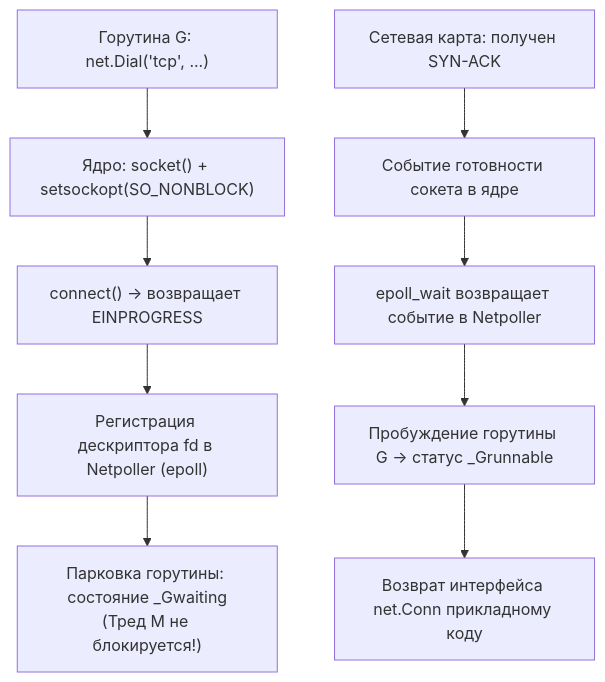
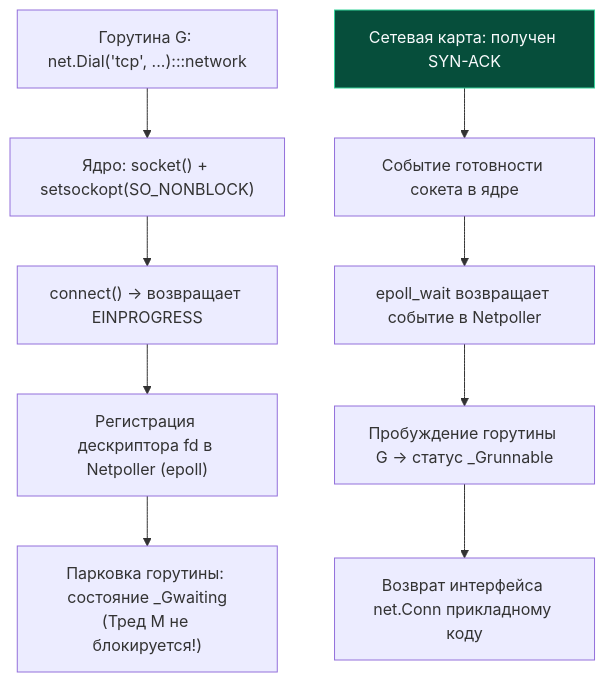
One commit to UnrealTemplier/go-textbook changed the fourth of 4 diagrams in sources/3. Компьютерные сети и сетевой стек/10. TCP. Устройство, гарантии и жизненный цикл соединения.md. Above: the diagram before and after it, drawn with Mermaid. The commit also changed other lines of this file and 1666 other files, not shown here.

First line of the commit message:
feat(mermaid): add semantic color classDef to 1369 colorless flowchart/graph diagrams

````diff
--- a/sources/3. Компьютерные сети и сетевой стек/10. TCP. Устройство, гарантии и жизненный цикл соединения.md
+++ b/sources/3. Компьютерные сети и сетевой стек/10. TCP. Устройство, гарантии и жизненный цикл соединения.md
@@ -264,12 +284,22 @@
 ```mermaid
 flowchart TD
-    GoCode["Горутина G: net.Dial('tcp', ...)"] --> Syscall["Ядро: socket() + setsockopt(SO_NONBLOCK)"]
+    classDef process  fill:#1e293b,stroke:#38bdf8,stroke-width:1px,color:#f8fafc
+    classDef success  fill:#064e3b,stroke:#34d399,stroke-width:1px,color:#f8fafc
+    classDef error    fill:#7f1d1d,stroke:#f87171,stroke-width:1px,color:#f8fafc
+    classDef warning  fill:#78350f,stroke:#fbbf24,stroke-width:1px,color:#f8fafc
+    classDef entry    fill:#1e3a5f,stroke:#38bdf8,stroke-width:2px,color:#f8fafc
+    classDef aux      fill:#334155,stroke:#64748b,stroke-width:1px,color:#f8fafc
+    classDef system   fill:#312e81,stroke:#a78bfa,stroke-width:1px,color:#f8fafc
+    classDef data     fill:#132d29,stroke:#2dd4bf,stroke-width:1px,color:#f8fafc
+    classDef network  fill:#881337,stroke:#fb7185,stroke-width:1px,color:#f8fafc
+    classDef accent   fill:#1e1b4b,stroke:#818cf8,stroke-width:1px,color:#f8fafc
+    GoCode["Горутина G: net.Dial('tcp', ...):::network"] --> Syscall["Ядро: socket() + setsockopt(SO_NONBLOCK)"]
     Syscall --> Connect["connect() -> возвращает EINPROGRESS"]
     Connect --> Netpoller["Регистрация дескриптора fd в Netpoller (epoll)"]
     Netpoller --> Park["Парковка горутины: состояние _Gwaiting<br/>(Тред M не блокируется!)"]
     
-    NIC["Сетевая карта: получен SYN-ACK"] --> KernelEvent["Событие готовности сокета в ядре"]
+    NIC["Сетевая карта: получен SYN-ACK"]:::success --> KernelEvent["Событие готовности сокета в ядре"]
     KernelEvent --> EpollWait["epoll_wait возвращает событие в Netpoller"]
     EpollWait --> Wake["Пробуждение горутины G -> статус _Grunnable"]
     Wake --> ReturnConn["Возврат интерфейса net.Conn прикладному коду"]
 ```
````
